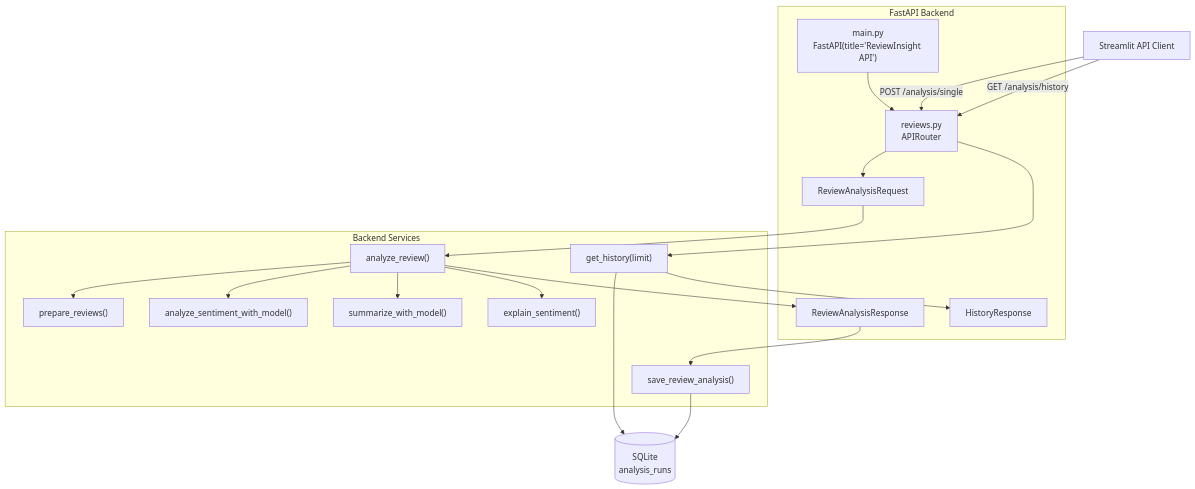
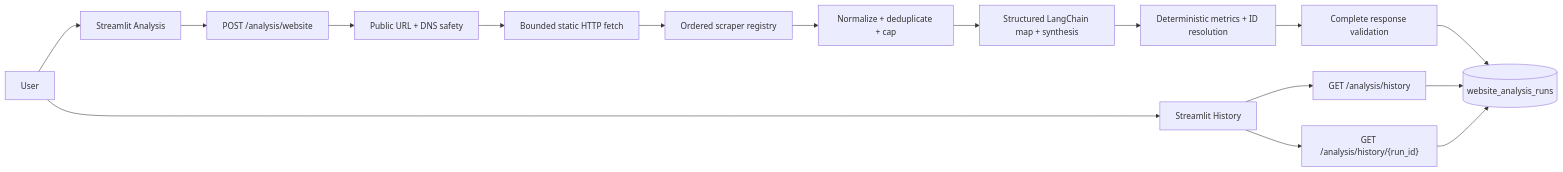
One commit to adiravindra/reviewproject changed the first of 5 diagrams in docs/architecture.md. Above: the diagram before and after it, drawn with Mermaid. The commit also changed other lines of this file and 8 other files, not shown here.

Commit message:
docs: document website review intelligence workflow

````diff
--- a/docs/architecture.md
+++ b/docs/architecture.md
@@ -113,42 +5,20 @@
 ```mermaid
-flowchart TD
-    Client["Streamlit API Client"]
+flowchart LR
+    User["User"] --> AnalysisUI["Streamlit Analysis"]
+    User --> HistoryUI["Streamlit History"]
+    AnalysisUI --> WebsiteAPI["POST /analysis/website"]
+    HistoryUI --> HistoryAPI["GET /analysis/history"]
+    HistoryUI --> StoredAPI["GET /analysis/history/{run_id}"]
 
-    subgraph FastAPI["FastAPI Backend"]
-        Main["main.py<br/>FastAPI(title='ReviewInsight API')"]
-        Router["reviews.py<br/>APIRouter"]
-        RequestSchema["ReviewAnalysisRequest"]
-        ResponseSchema["ReviewAnalysisResponse"]
-        HistorySchema["HistoryResponse"]
-    end
+    WebsiteAPI --> Safety["Public URL + DNS safety"]
+    Safety --> Fetch["Bounded static HTTP fetch"]
+    Fetch --> Registry["Ordered scraper registry"]
+    Registry --> Normalize["Normalize + deduplicate + cap"]
+    Normalize --> LangChain["Structured LangChain map + synthesis"]
+    LangChain --> Metrics["Deterministic metrics + ID resolution"]
+    Metrics --> Validate["Complete response validation"]
+    Validate --> SQLite[("website_analysis_runs")]
 
-    subgraph Services["Backend Services"]
-        Prepare["prepare_reviews()"]
-        Analyze["analyze_review()"]
-        ModelSentiment["analyze_sentiment_with_model()"]
-        ModelSummary["summarize_with_model()"]
-        Explain["explain_sentiment()"]
-        Save["save_review_analysis()"]
-        LoadHistory["get_history(limit)"]
-    end
-
-    SQLite[("SQLite<br/>analysis_runs")]
-
-    Client -->|"POST /analysis/single"| Router
-    Client -->|"GET /analysis/history"| Router
-    Main --> Router
-
-    Router --> RequestSchema
-    RequestSchema --> Analyze
-    Analyze --> Prepare
-    Analyze --> ModelSentiment
-    Analyze --> ModelSummary
-    Analyze --> Explain
-    Analyze --> ResponseSchema
-    ResponseSchema --> Save
-    Save --> SQLite
-
-    Router --> LoadHistory
-    LoadHistory --> SQLite
-    LoadHistory --> HistorySchema
+    HistoryAPI --> SQLite
+    StoredAPI --> SQLite
 ```
````
